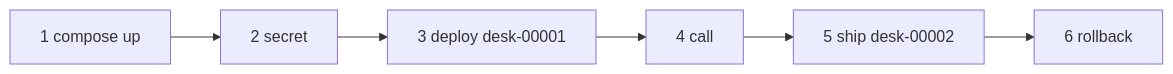
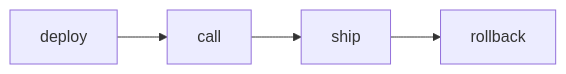
The diagram in parts/06-deploy-the-agent-to-cloud-run-with-floci-gcp/01-release-on-cloud-run/problem/README.md (learnwithparam/agentic-deployment), drawn with Mermaid before and after one commit. The commit also changed other lines of this file and 370 other files, not shown here.

````diff
--- a/parts/06-deploy-the-agent-to-cloud-run-with-floci-gcp/01-release-on-cloud-run/problem/README.md
+++ b/parts/06-deploy-the-agent-to-cloud-run-with-floci-gcp/01-release-on-cloud-run/problem/README.md
@@ -28,8 +18,4 @@
 ```mermaid
 flowchart LR
-  A[1 compose up] --> B[2 secret]
-  B --> C[3 deploy desk-00001]
-  C --> D[4 call]
-  D --> E[5 ship desk-00002]
-  E --> F[6 rollback]
+  A[deploy] --> B[call] --> C[ship] --> D[rollback]
 ```
````
